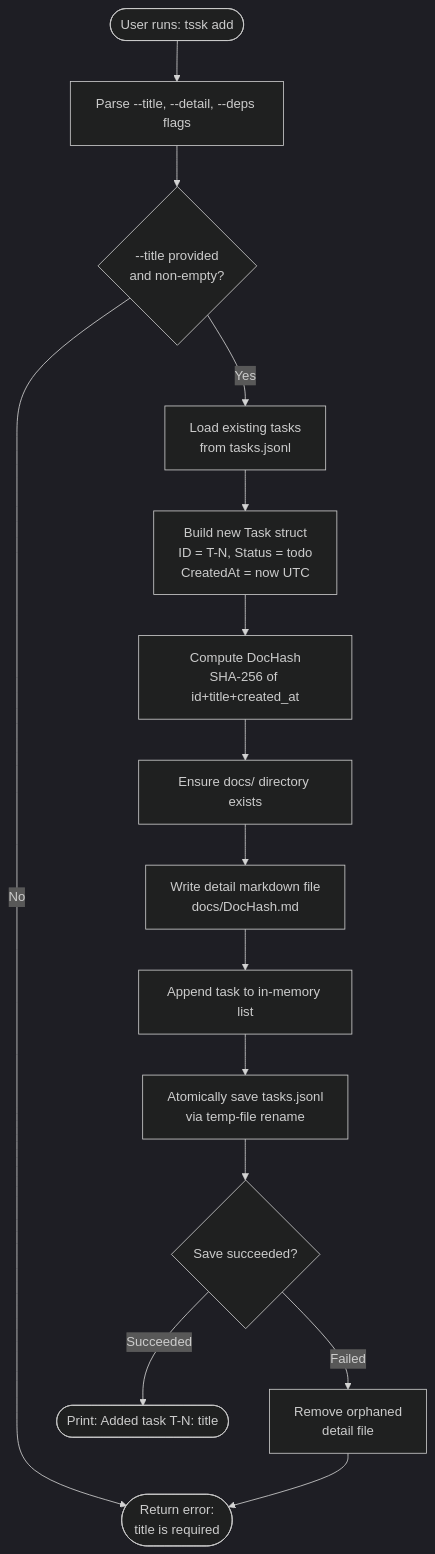
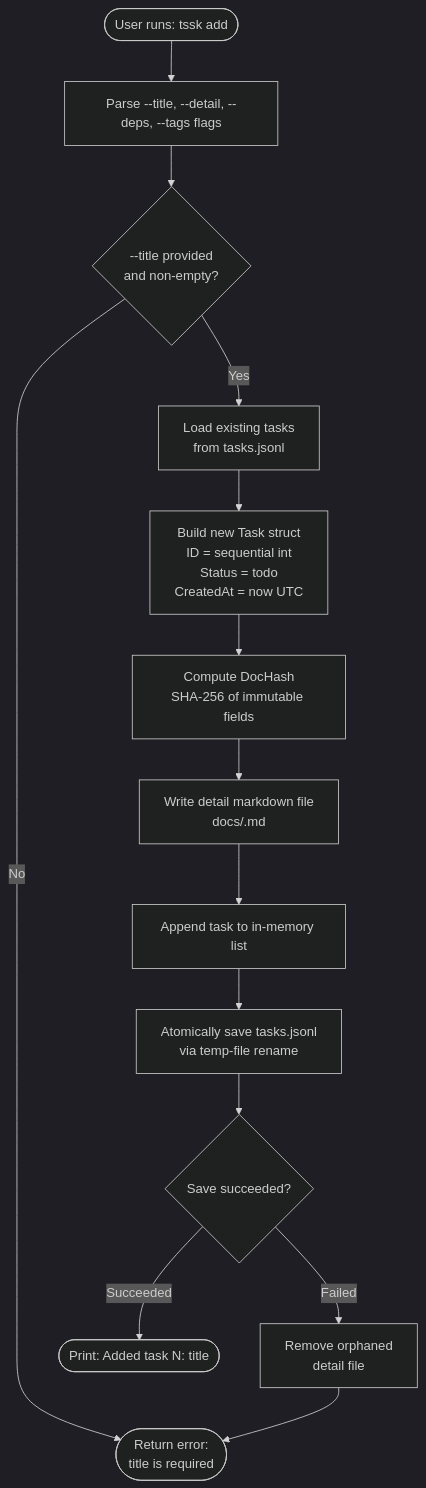
Before and after one commit to bmordue/tssk: the diagram in docs/flows/task-creation.md, drawn with Mermaid (dark theme). The commit also changed other lines of this file and 6 other files, not shown here.

First line of the commit message:
docs: update architecture diagrams to match current codebase

````diff
--- a/docs/flows/task-creation.md
+++ b/docs/flows/task-creation.md
@@ -8,32 +8,30 @@
 ```mermaid
 flowchart TD
     START([User runs: tssk add])
-    ARGS[Parse --title, --detail, --deps flags]
+    ARGS[Parse --title, --detail, --deps, --tags flags]
     VALIDATE{--title provided\nand non-empty?}
     ERROR([Return error:\ntitle is required])
     LOAD[Load existing tasks\nfrom tasks.jsonl]
-    BUILD[Build new Task struct\nID = T-N, Status = todo\nCreatedAt = now UTC]
-    HASH[Compute DocHash\nSHA-256 of id+title+created_at]
-    ENSURE[Ensure docs/ directory exists]
-    WRITE_DOC[Write detail markdown file\ndocs/DocHash.md]
+    BUILD[Build new Task struct\nID = sequential int\nStatus = todo\nCreatedAt = now UTC]
+    HASH[Compute DocHash\nSHA-256 of immutable fields]
+    WRITE_DOC[Write detail markdown file\ndocs/<hash_prefix>.md]
     APPEND[Append task to in-memory list]
     SAVE[Atomically save tasks.jsonl\nvia temp-file rename]
     CLEANUP{Save succeeded?}
     REMOVE[Remove orphaned\ndetail file]
-    OUTPUT([Print: Added task T-N: title])
+    OUTPUT([Print: Added task N: title])
 
     START --> ARGS
     ARGS --> VALIDATE
     VALIDATE -->|No| ERROR
     VALIDATE -->|Yes| LOAD
     LOAD --> BUILD
     BUILD --> HASH
-    HASH --> ENSURE
-    ENSURE --> WRITE_DOC
+    HASH --> WRITE_DOC
     WRITE_DOC --> APPEND
     APPEND --> SAVE
     SAVE --> CLEANUP
     CLEANUP -->|Failed| REMOVE
     CLEANUP -->|Succeeded| OUTPUT
     REMOVE --> ERROR
 ```
````
